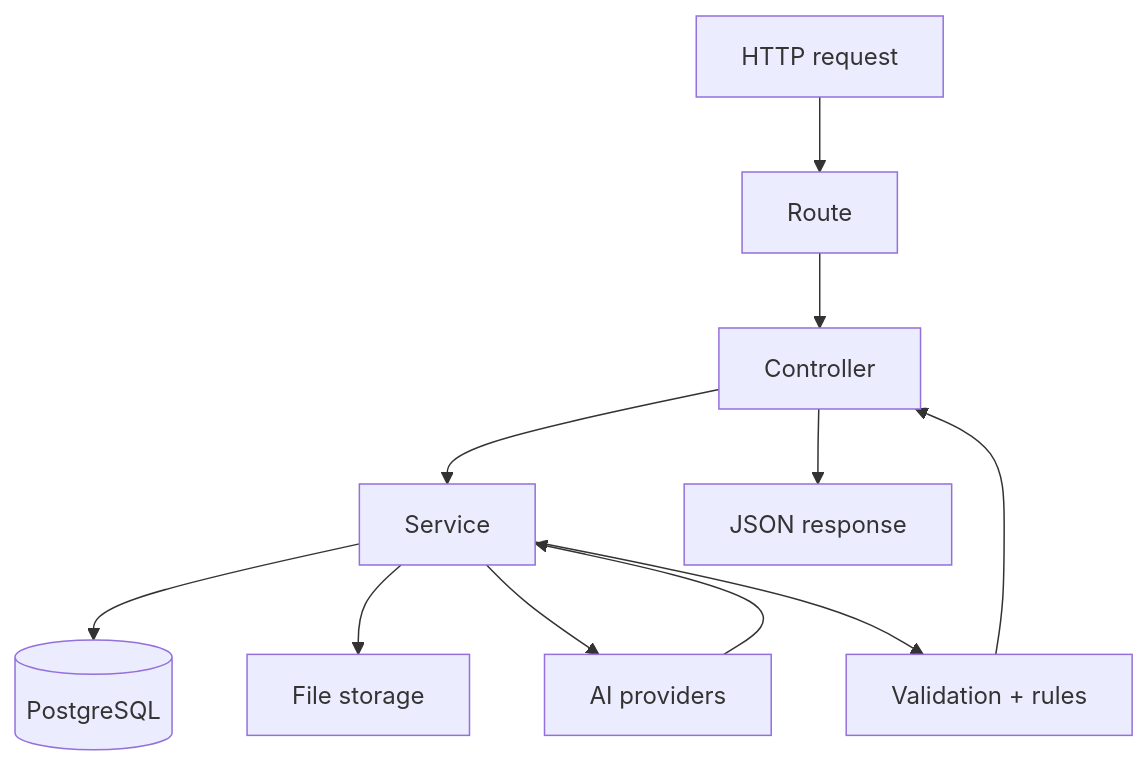
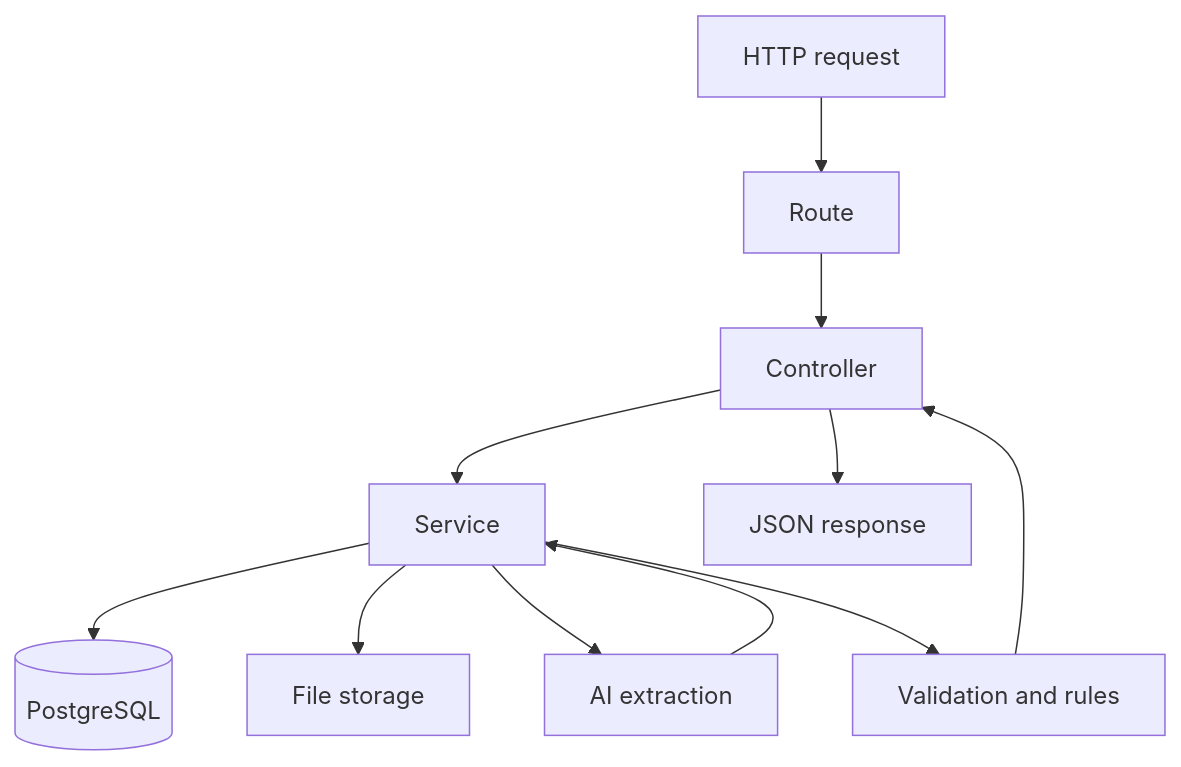
The diagram in backend/README.md (dushyant4665/receiptmind), drawn with Mermaid before and after one commit. The commit also changed other lines of this file and 4 other files, not shown here.

````diff
--- a/backend/README.md
+++ b/backend/README.md
@@ -35,13 +17,13 @@
 ```mermaid
 flowchart TD
     A[HTTP request] --> B[Route]
     B --> C[Controller]
     C --> D[Service]
     D --> E[(PostgreSQL)]
     D --> F[File storage]
-    D --> G[AI providers]
+    D --> G[AI extraction]
     G --> D
-    D --> H[Validation + rules]
+    D --> H[Validation and rules]
     H --> C
     C --> I[JSON response]
 ```
````
